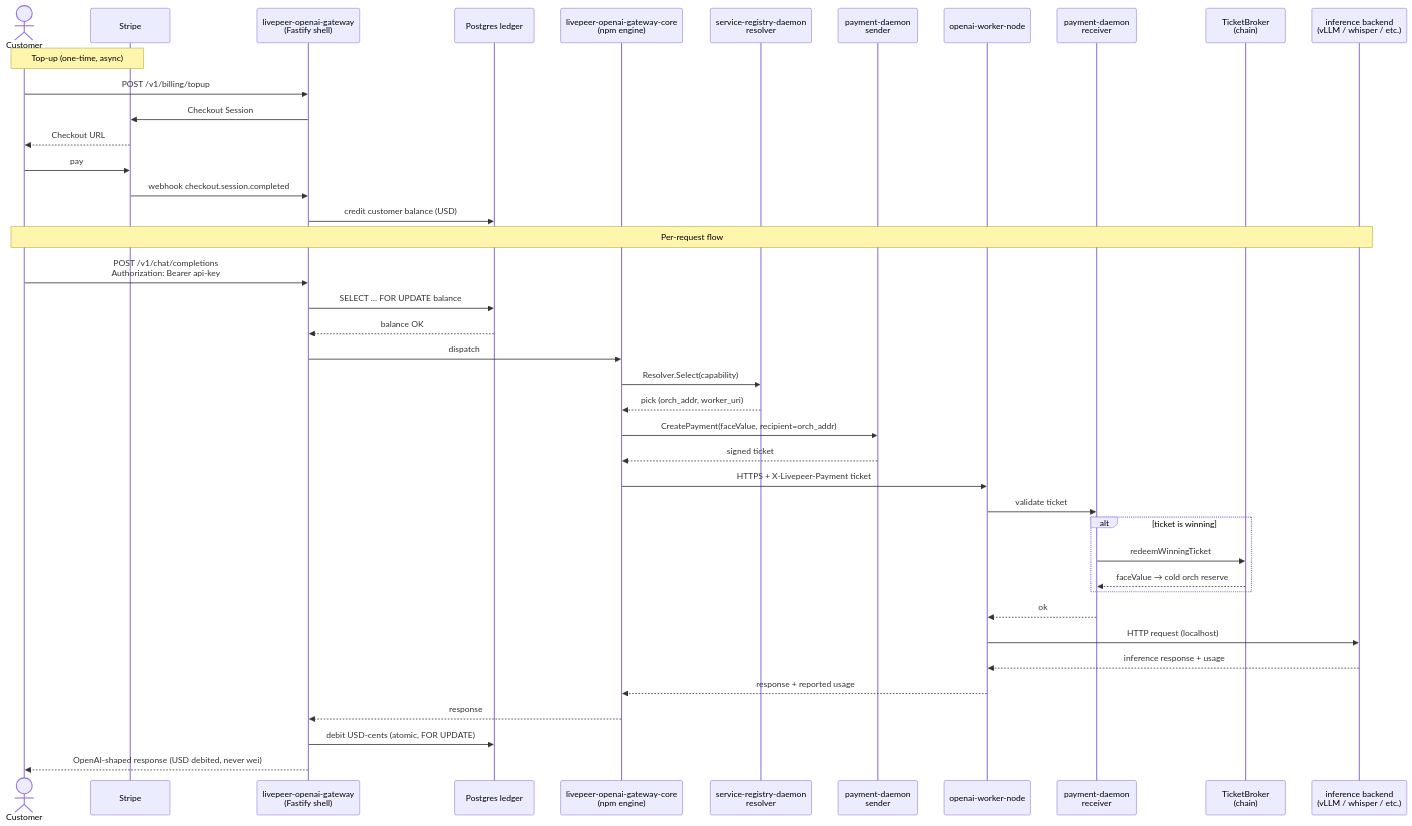
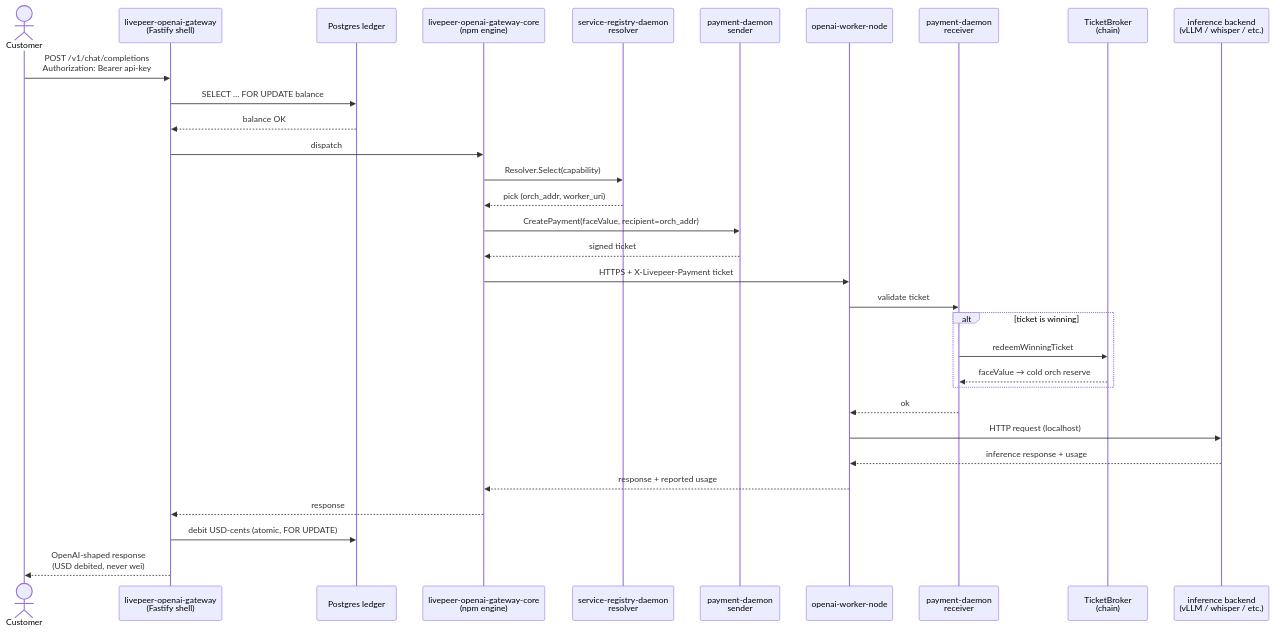
One commit to Cloud-SPE/livepeer-network-suite changed the seventh of 9 diagrams in docs/design-docs/suite-architecture.md. Above: the diagram before and after it, drawn with Mermaid. The commit also changed other lines of this file, not shown here.

First line of the commit message:
docs: split trust-zones and OpenAI flow diagrams for readability

````diff
--- a/docs/design-docs/suite-architecture.md
+++ b/docs/design-docs/suite-architecture.md
@@ -565,47 +647,38 @@
 ```mermaid
 sequenceDiagram
     actor Cust as Customer
-    participant Stripe
     participant GW as livepeer-openai-gateway<br/>(Fastify shell)
     participant DB as Postgres ledger
     participant Eng as livepeer-openai-gateway-core<br/>(npm engine)
     participant Resolver as service-registry-daemon<br/>resolver
     participant Sender as payment-daemon<br/>sender
     participant Worker as openai-worker-node
     participant Receiver as payment-daemon<br/>receiver
     participant TB as TicketBroker<br/>(chain)
     participant Backend as inference backend<br/>(vLLM / whisper / etc.)
 
-    Note over Cust,Stripe: Top-up (one-time, async)
-    Cust->>GW: POST /v1/billing/topup
-    GW->>Stripe: Checkout Session
-    Stripe-->>Cust: Checkout URL
-    Cust->>Stripe: pay
-    Stripe->>GW: webhook checkout.session.completed
-    GW->>DB: credit customer balance (USD)
-
-    Note over Cust,Backend: Per-request flow
     Cust->>GW: POST /v1/chat/completions<br/>Authorization: Bearer api-key
     GW->>DB: SELECT … FOR UPDATE balance
     DB-->>GW: balance OK
     GW->>Eng: dispatch
+
     Eng->>Resolver: Resolver.Select(capability)
     Resolver-->>Eng: pick (orch_addr, worker_uri)
     Eng->>Sender: CreatePayment(faceValue, recipient=orch_addr)
     Sender-->>Eng: signed ticket
 
     Eng->>Worker: HTTPS + X-Livepeer-Payment ticket
     Worker->>Receiver: validate ticket
     alt ticket is winning
         Receiver->>TB: redeemWinningTicket
         TB-->>Receiver: faceValue → cold orch reserve
     end
     Receiver-->>Worker: ok
     Worker->>Backend: HTTP request (localhost)
     Backend-->>Worker: inference response + usage
     Worker-->>Eng: response + reported usage
     Eng-->>GW: response
 
     GW->>DB: debit USD-cents (atomic, FOR UPDATE)
-    GW-->>Cust: OpenAI-shaped response (USD debited, never wei)
+    GW-->>Cust: OpenAI-shaped response<br/>(USD debited, never wei)
 ```
````
